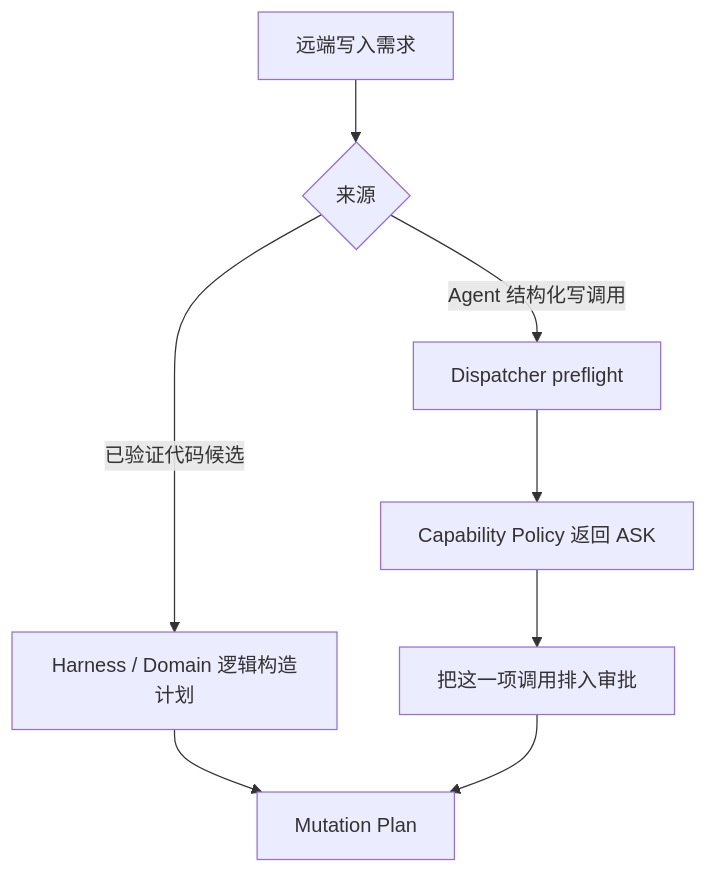
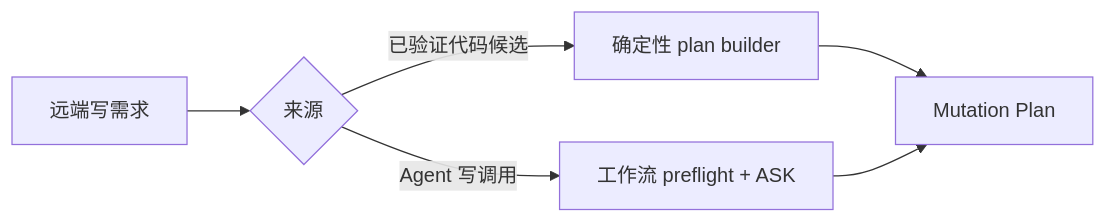
One commit to Arthur999459up/GitAgent changed the second of 8 diagrams in docs/08-approval-and-remote-mutations.md. Above: the diagram before and after it, drawn with Mermaid. The commit also changed other lines of this file and 15 other files, not shown here.

````diff
--- a/docs/08-approval-and-remote-mutations.md
+++ b/docs/08-approval-and-remote-mutations.md
@@ -64,10 +37,8 @@
 ```mermaid
-flowchart TD
-    A[远端写入需求] --> B{来源}
-    B -->|已验证代码候选| C[Harness / Domain 逻辑构造计划]
-    B -->|Agent 结构化写调用| D[Dispatcher preflight]
-    D --> E[Capability Policy 返回 ASK]
-    E --> F[把这一项调用排入审批]
-    C --> G[Mutation Plan]
-    F --> G
+flowchart LR
+    W[远端写需求] --> T{来源}
+    T -->|已验证代码候选| D[确定性 plan builder]
+    T -->|Agent 写调用| C[工作流 preflight + ASK]
+    D --> P[Mutation Plan]
+    C --> P
 ```
````
